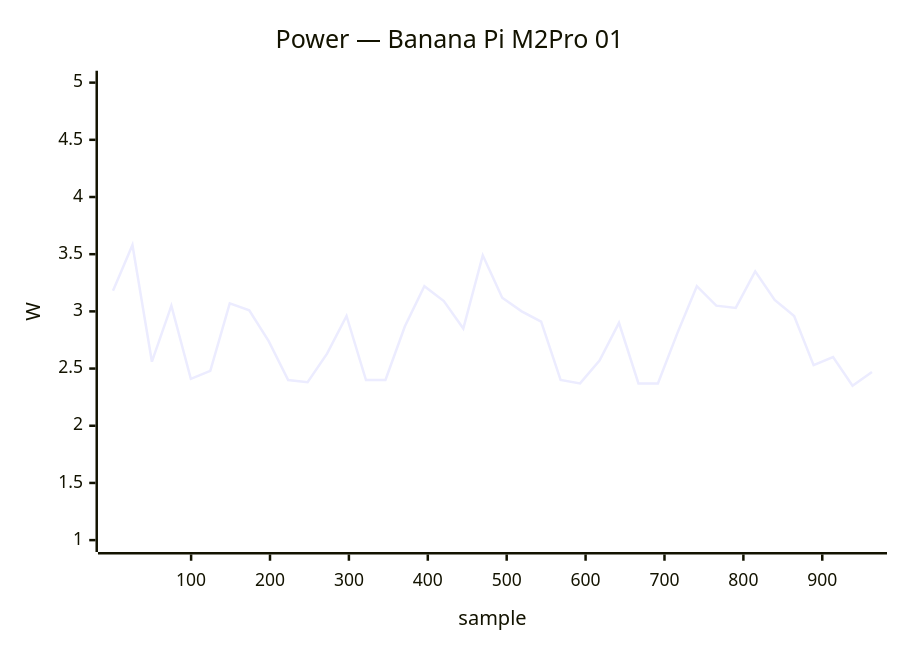
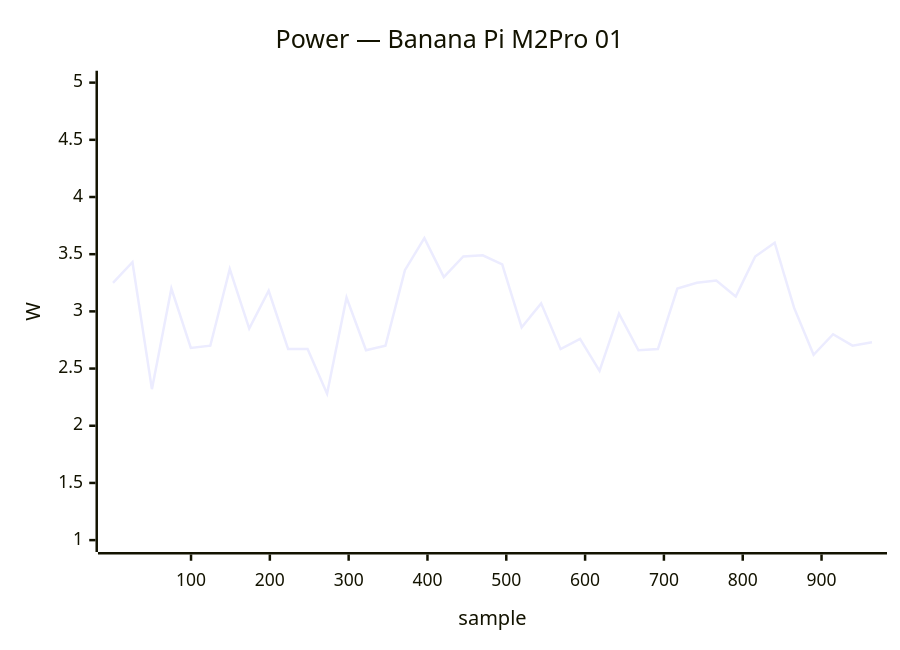
Before and after one commit to armbian/documentation: the ninth of 39 diagrams in docs/status/board-tests.md, drawn with Mermaid. The commit also changed other lines of this file, not shown here.

````diff
--- a/docs/status/board-tests.md
+++ b/docs/status/board-tests.md
@@ -404,7 +347,7 @@
 ```mermaid
 xychart-beta
     title "Power — Banana Pi M2Pro 01"
-    x-axis "sample" 1 --> 963
+    x-axis "sample" 1 --> 964
     y-axis "W" 1.0 --> 5.0
-    line [3.18, 3.58, 2.56, 3.05, 2.41, 2.48, 3.07, 3.01, 2.74, 2.40, 2.38, 2.63, 2.96, 2.40, 2.40, 2.87, 3.22, 3.09, 2.85, 3.49, 3.12, 3.00, 2.91, 2.40, 2.37, 2.57, 2.90, 2.37, 2.37, 2.81, 3.22, 3.05, 3.03, 3.35, 3.10, 2.96, 2.53, 2.60, 2.35, 2.47]
+    line [3.25, 3.43, 2.32, 3.20, 2.68, 2.70, 3.37, 2.85, 3.18, 2.67, 2.67, 2.28, 3.12, 2.66, 2.70, 3.36, 3.64, 3.30, 3.48, 3.49, 3.41, 2.86, 3.07, 2.67, 2.76, 2.48, 2.98, 2.66, 2.67, 3.20, 3.25, 3.27, 3.13, 3.48, 3.60, 3.03, 2.62, 2.80, 2.70, 2.73]
 ```
````
